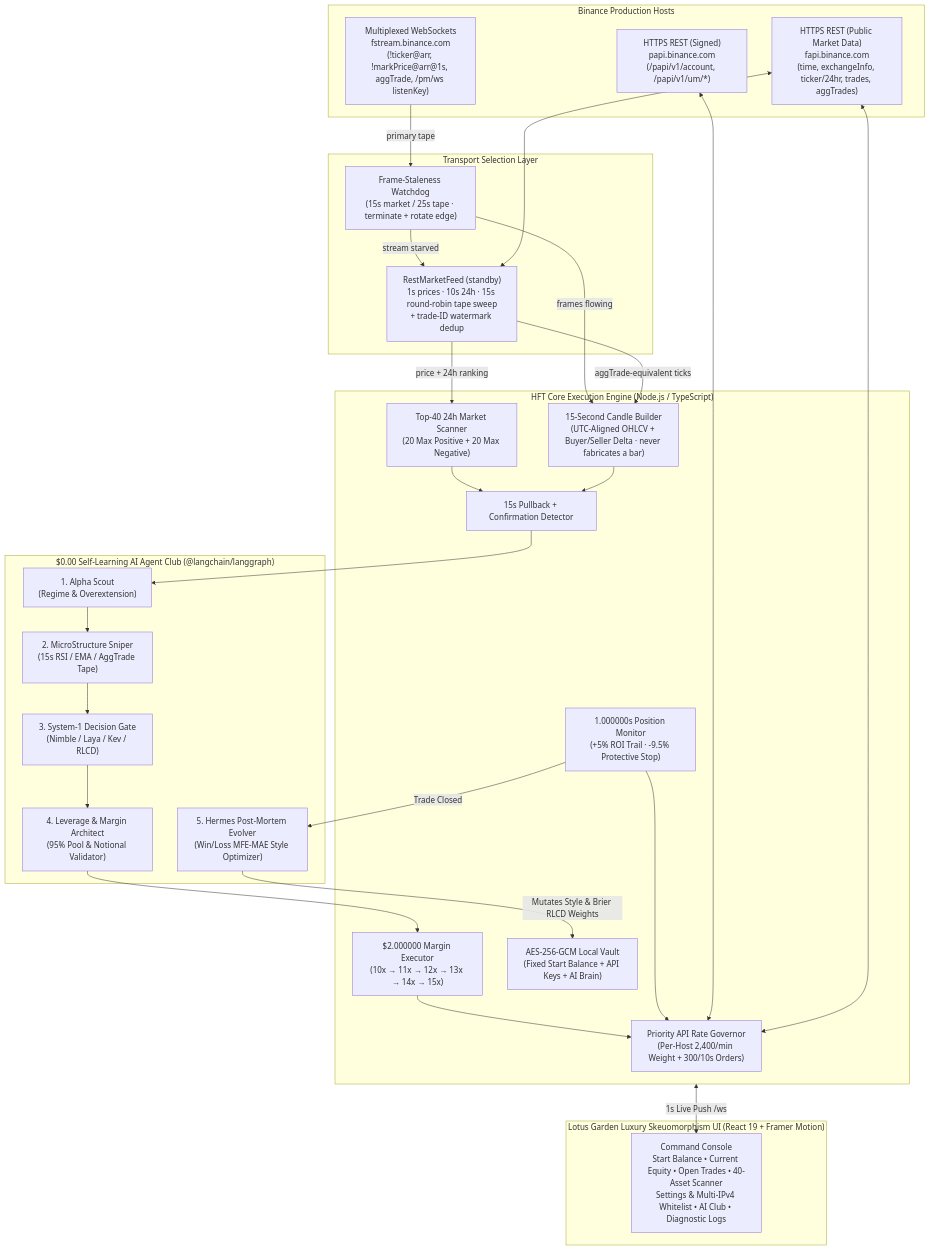
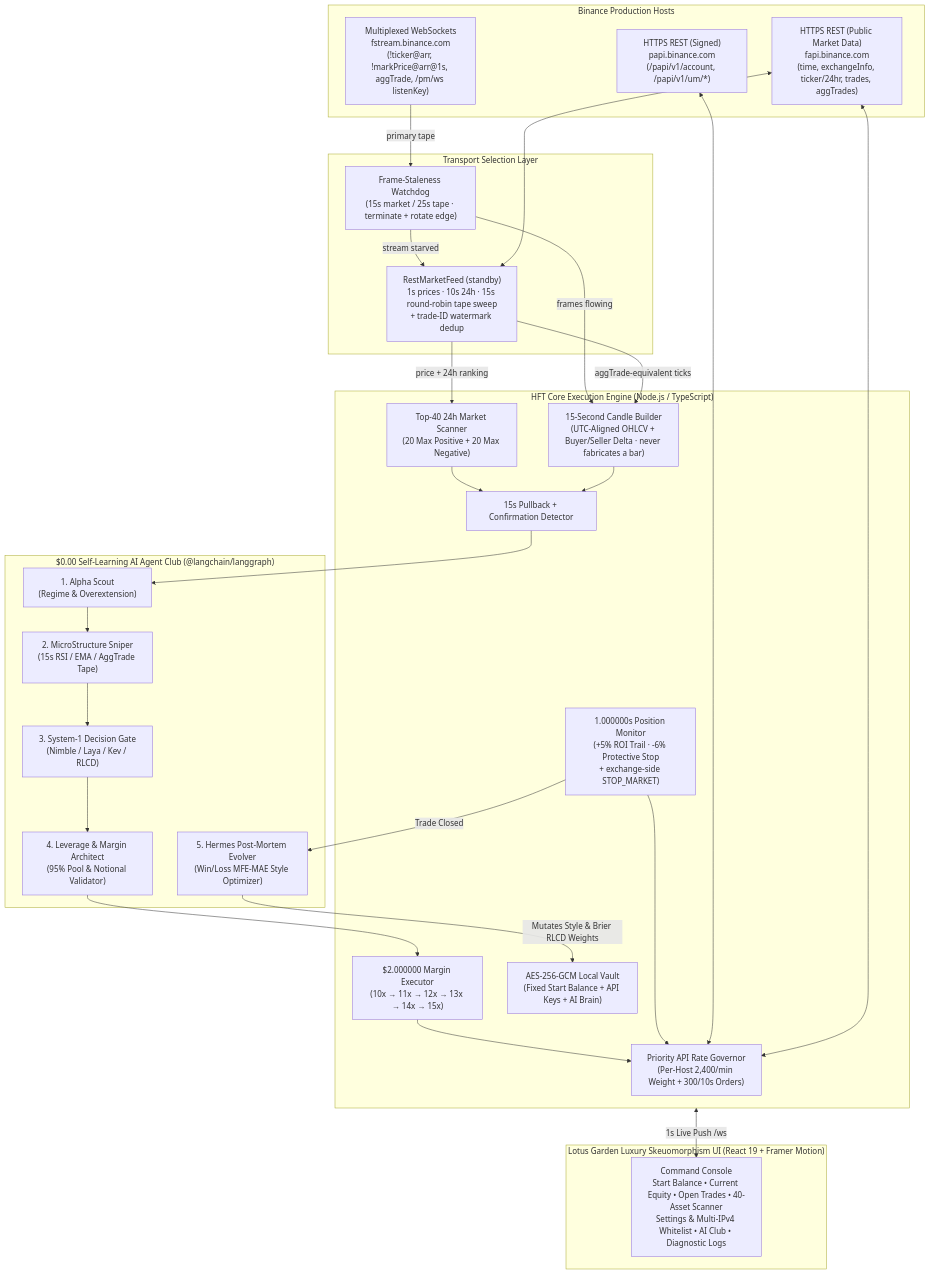
Before and after one commit to badalworld/hft: the diagram in README.md, drawn with Mermaid. The commit also changed other lines of this file and 30 other files, not shown here.

````diff
--- a/README.md
+++ b/README.md
@@ -303,52 +373,52 @@
 ```mermaid
 flowchart TB
     subgraph Binance["Binance Production Hosts"]
         PAPI["HTTPS REST (Signed)\npapi.binance.com\n(/papi/v1/account, /papi/v1/um/*)"]
         FAPI["HTTPS REST (Public Market Data)\nfapi.binance.com\n(time, exchangeInfo, ticker/24hr, trades, aggTrades)"]
         FSTREAM["Multiplexed WebSockets\nfstream.binance.com\n(!ticker@arr, !markPrice@arr@1s, aggTrade, /pm/ws listenKey)"]
     end
 
     subgraph Feed["Transport Selection Layer"]
         WD["Frame-Staleness Watchdog\n(15s market / 25s tape · terminate + rotate edge)"]
         RMF["RestMarketFeed (standby)\n1s prices · 10s 24h · 15s round-robin tape sweep\n+ trade-ID watermark dedup"]
     end
 
     subgraph Engine["HFT Core Execution Engine (Node.js / TypeScript)"]
         GOV["Priority API Rate Governor\n(Per-Host 2,400/min Weight + 300/10s Orders)"]
         CB15["15-Second Candle Builder\n(UTC-Aligned OHLCV + Buyer/Seller Delta · never fabricates a bar)"]
         SCAN40["Top-40 24h Market Scanner\n(20 Max Positive + 20 Max Negative)"]
         STRAT["15s Pullback + Confirmation Detector"]
         LADDER["$2.000000 Margin Executor\n(10x → 11x → 12x → 13x → 14x → 15x)"]
-        MON1S["1.000000s Position Monitor\n(+5% ROI Trail · -9.5% Protective Stop)"]
+        MON1S["1.000000s Position Monitor\n(+5% ROI Trail · -6% Protective Stop\n+ exchange-side STOP_MARKET)"]
         VAULT["AES-256-GCM Local Vault\n(Fixed Start Balance + API Keys + AI Brain)"]
     end
 
     subgraph AIClub["$0.00 Self-Learning AI Agent Club (@langchain/langgraph)"]
         AG1["1. Alpha Scout\n(Regime & Overextension)"]
         AG2["2. MicroStructure Sniper\n(15s RSI / EMA / AggTrade Tape)"]
         AG3["3. System-1 Decision Gate\n(Nimble / Laya / Kev / RLCD)"]
         AG4["4. Leverage & Margin Architect\n(95% Pool & Notional Validator)"]
         AG5["5. Hermes Post-Mortem Evolver\n(Win/Loss MFE-MAE Style Optimizer)"]
     end
 
     subgraph Dashboard["Lotus Garden Luxury Skeuomorphism UI (React 19 + Framer Motion)"]
         UI["Command Console\nStart Balance • Current Equity • Open Trades • 40-Asset Scanner\nSettings & Multi-IPv4 Whitelist • AI Club • Diagnostic Logs"]
     end
 
     FSTREAM -->|primary tape| WD
     WD -->|stream starved| RMF
     WD -->|frames flowing| CB15
     RMF -->|aggTrade-equivalent ticks| CB15
     RMF -->|price + 24h ranking| SCAN40
     FAPI <--> RMF
     SCAN40 --> STRAT
     CB15 --> STRAT
     STRAT --> AG1 --> AG2 --> AG3 --> AG4 --> LADDER
     LADDER --> GOV
     MON1S --> GOV
     MON1S -->|Trade Closed| AG5
     AG5 -->|Mutates Style & Brier RLCD Weights| VAULT
     PAPI <--> GOV
     FAPI <--> GOV
     Engine <-->|1s Live Push /ws| UI
 ```
````
